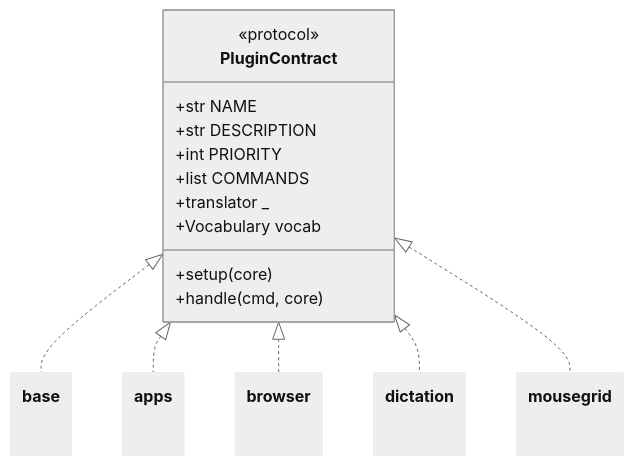
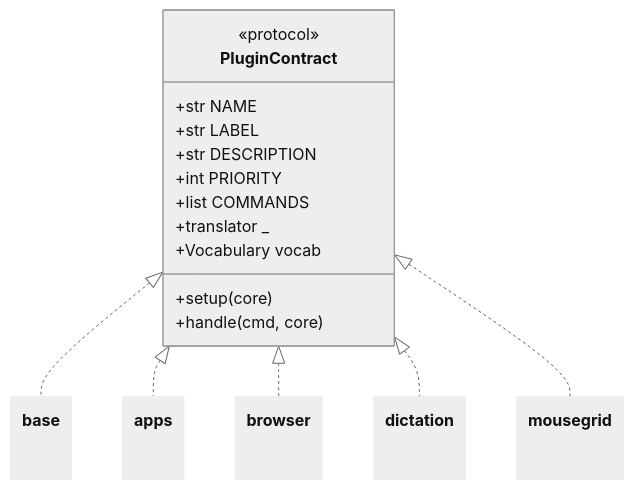
Before and after one commit to ctsdownloads/easyspeak: the diagram in docs/plugins.md, drawn with Mermaid (neutral theme). The commit also changed other lines of this file and 62 other files, not shown here.

````diff
--- a/docs/plugins.md
+++ b/docs/plugins.md
@@ -37,24 +38,25 @@
 ```mermaid
 classDiagram
     class PluginContract {
         <<protocol>>
         +str NAME
+        +str LABEL
         +str DESCRIPTION
         +int PRIORITY
         +list COMMANDS
         +translator _
         +Vocabulary vocab
         +setup(core)
         +handle(cmd, core)
     }
     PluginContract <|.. base
     PluginContract <|.. apps
     PluginContract <|.. browser
     PluginContract <|.. dictation
     PluginContract <|.. mousegrid
     style base stroke:var(--md-mermaid-node-fg-color),stroke-dasharray:5
     style apps stroke:var(--md-mermaid-node-fg-color),stroke-dasharray:5
     style browser stroke:var(--md-mermaid-node-fg-color),stroke-dasharray:5
     style dictation stroke:var(--md-mermaid-node-fg-color),stroke-dasharray:5
     style mousegrid stroke:var(--md-mermaid-node-fg-color),stroke-dasharray:5
 ```
````
